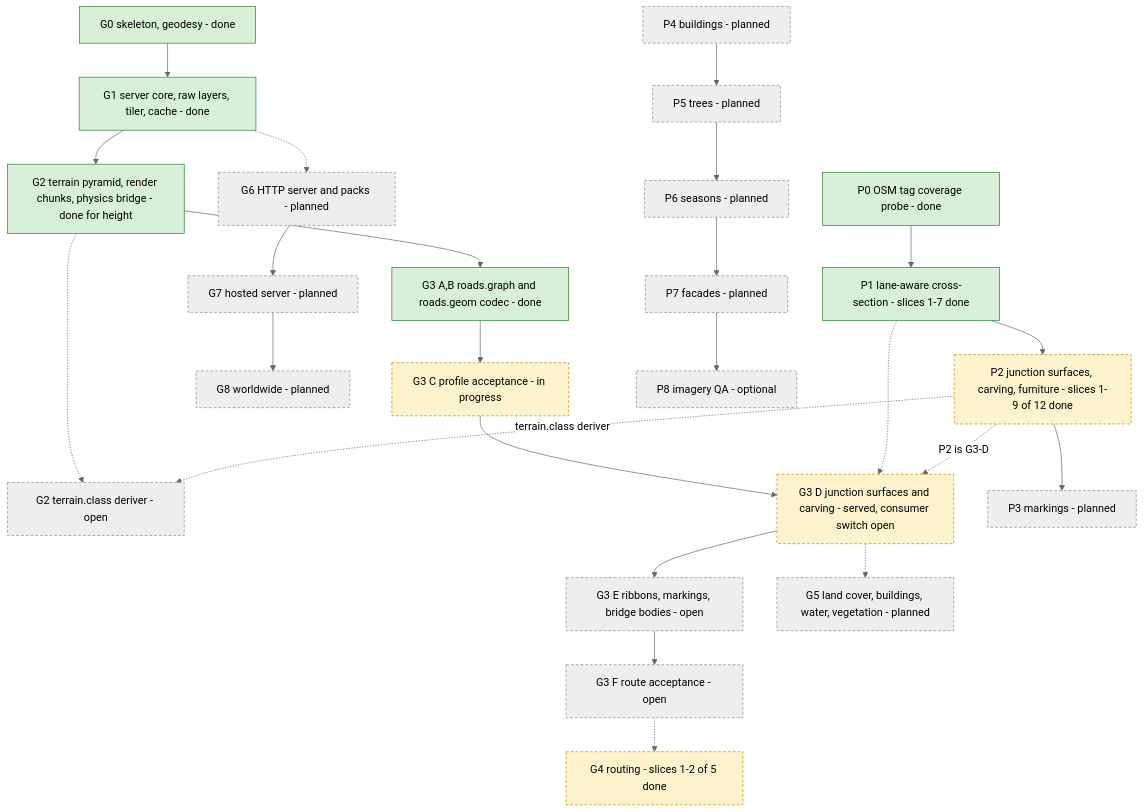
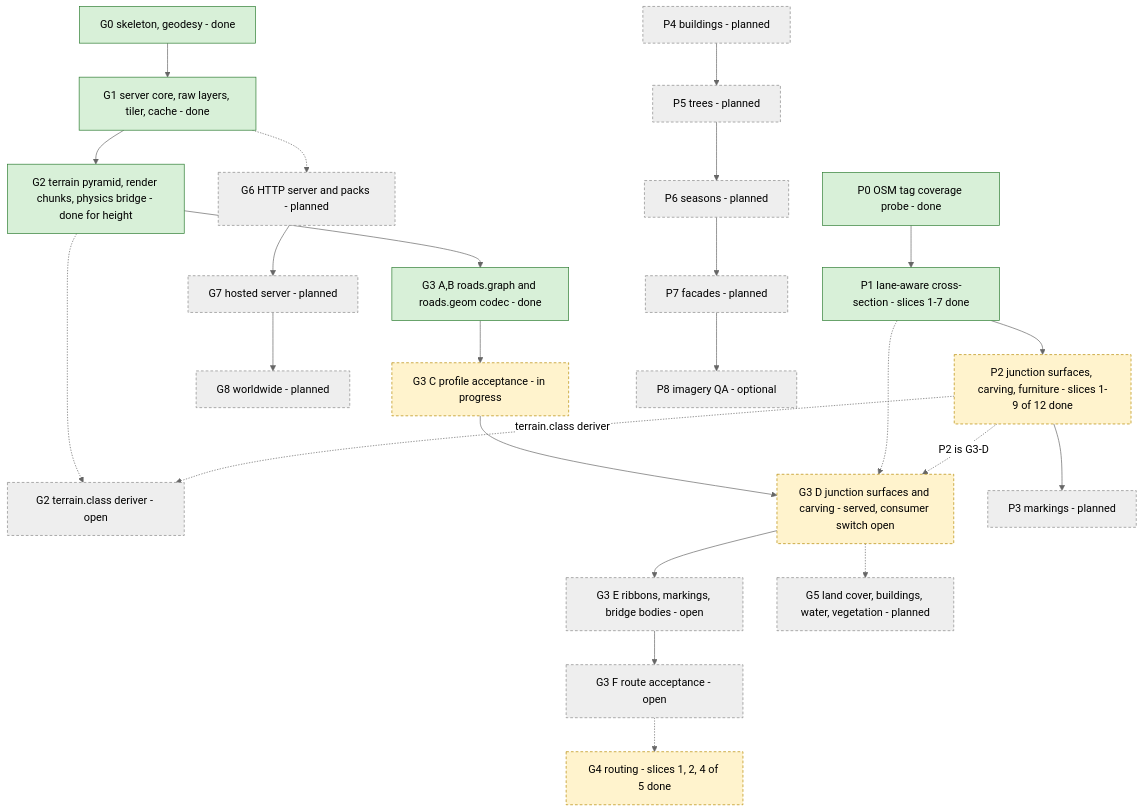
Before and after one commit to SebastianDanielFrenz/geo2map_engine: the fourth of 4 diagrams in docs/pipeline/README.md, drawn with Mermaid (neutral theme). The commit also changed other lines of this file and 9 other files, not shown here.

````diff
--- a/docs/pipeline/README.md
+++ b/docs/pipeline/README.md
@@ -287,44 +287,44 @@
 ```mermaid
 flowchart TB
   G0["G0 skeleton, geodesy - done"]
   G1["G1 server core, raw layers, tiler, cache - done"]
   G2["G2 terrain pyramid, render chunks, physics bridge - done for height"]
   G2C["G2 terrain.class deriver - open"]
   G3A["G3 A,B roads.graph and roads.geom codec - done"]
   G3C["G3 C profile acceptance - in progress"]
   G3D["G3 D junction surfaces and carving - served, consumer switch open"]
   G3E["G3 E ribbons, markings, bridge bodies - open"]
   G3F["G3 F route acceptance - open"]
-  G4["G4 routing - slices 1-2 of 5 done"]
+  G4["G4 routing - slices 1, 2, 4 of 5 done"]
   G5["G5 land cover, buildings, water, vegetation - planned"]
   G6["G6 HTTP server and packs - planned"]
   G7["G7 hosted server - planned"]
   G8["G8 worldwide - planned"]
   P0["P0 OSM tag coverage probe - done"]
   P1["P1 lane-aware cross-section - slices 1-7 done"]
   P2["P2 junction surfaces, carving, furniture - slices 1-9 of 12 done"]
   P3["P3 markings - planned"]
   P4["P4 buildings - planned"]
   P5["P5 trees - planned"]
   P6["P6 seasons - planned"]
   P7["P7 facades - planned"]
   P8["P8 imagery QA - optional"]
 
   G0 --> G1 --> G2 --> G3A --> G3C --> G3D --> G3E --> G3F
   G2 -.-> G2C
   G3F -.-> G4
   G3D -.-> G5
   G1 -.-> G6 --> G7 --> G8
   P0 --> P1 --> P2 --> P3
   P1 -.-> G3D
   P2 -.->|"P2 is G3-D"| G3D
   P2 -.->|"terrain.class deriver"| G2C
   P4 --> P5 --> P6 --> P7 --> P8
 
   classDef done fill:#d8f0d8,stroke:#2e7d32,color:#000;
   classDef part fill:#fff3cd,stroke:#b58900,stroke-dasharray:4 3,color:#000;
   classDef plan fill:#eeeeee,stroke:#888888,stroke-dasharray:4 3,color:#000;
   class G0,G1,G2,G3A,P0,P1 done;
   class G3C,G3D,G4,P2 part;
   class G2C,G3E,G3F,G5,G6,G7,G8,P3,P4,P5,P6,P7,P8 plan;
 ```
````
